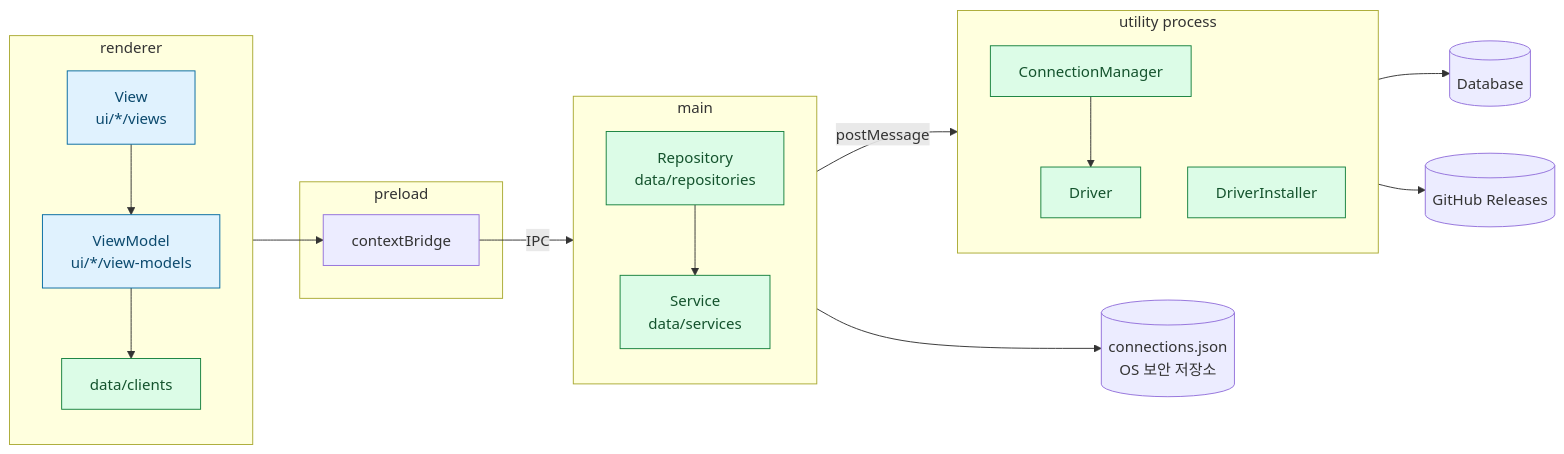
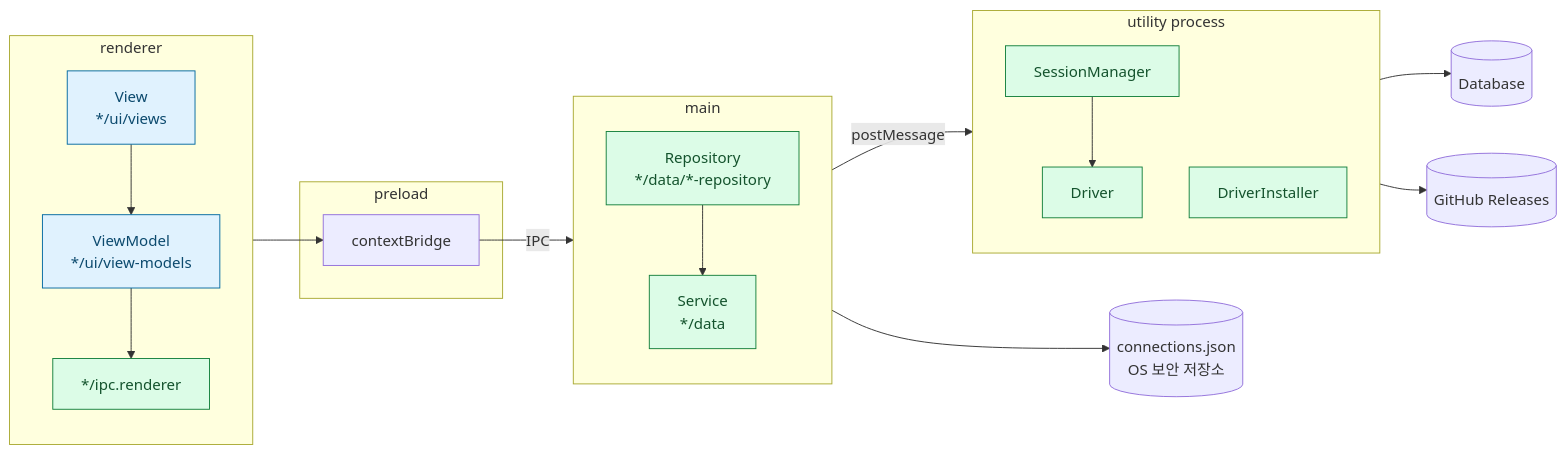
One commit to dimsssss/data-pump changed the second of 2 diagrams in README.md. Above: the diagram before and after it, drawn with Mermaid. The commit also changed other lines of this file and 101 other files, not shown here.

````diff
--- a/README.md
+++ b/README.md
@@ -107,29 +109,29 @@
 ```mermaid
 flowchart LR
   subgraph R["renderer"]
     direction TB
-    V["View<br/>ui/*/views"] --> VM["ViewModel<br/>ui/*/view-models"] --> C["data/clients"]
+    V["View<br/>*/ui/views"] --> VM["ViewModel<br/>*/ui/view-models"] --> C["*/ipc.renderer"]
   end
   subgraph P["preload"]
     B["contextBridge"]
   end
   subgraph M["main"]
     direction TB
-    REPO["Repository<br/>data/repositories"] --> SVC["Service<br/>data/services"]
+    REPO["Repository<br/>*/data/*-repository"] --> SVC["Service<br/>*/data"]
   end
   subgraph U["utility process"]
     direction TB
-    CM["ConnectionManager"] --> DRV["Driver"]
+    CM["SessionManager"] --> DRV["Driver"]
     INS["DriverInstaller"]
   end
   C --> B -- "IPC" --> REPO
   SVC -- "postMessage" --> U
   SVC --> EXT[("connections.json<br/>OS 보안 저장소")]
   DRV --> DB[("Database")]
   INS --> GH[("GitHub Releases")]
 
   classDef ui fill:#e0f2fe,stroke:#0369a1,color:#0c4a6e
   classDef data fill:#dcfce7,stroke:#15803d,color:#14532d
   class V,VM ui
   class C,REPO,SVC,CM,DRV,INS data
 ```
````
